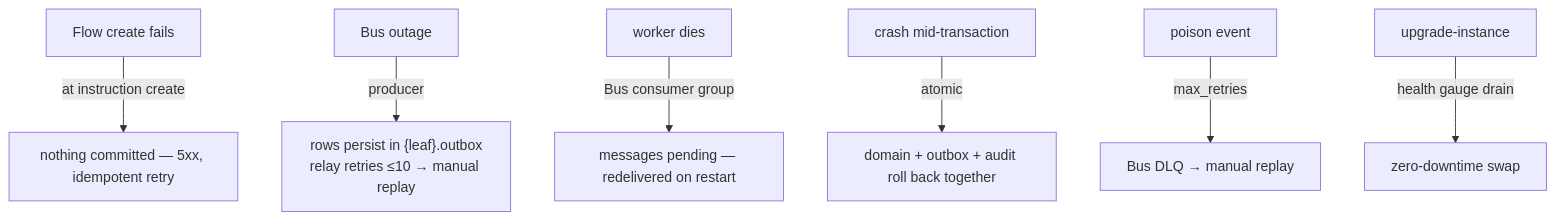
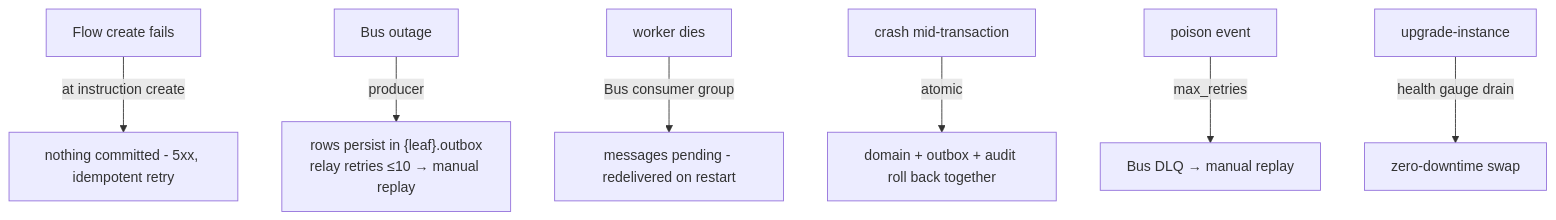
The seventh of 8 diagrams in DESIGN.md (Bank8-dev/bank8), drawn with Mermaid before and after one commit. The commit also changed other lines of this file and 6 other files, not shown here.

````diff
--- a/DESIGN.md
+++ b/DESIGN.md
@@ -224,9 +224,9 @@
 ```mermaid
 flowchart TD
-    FLOW_FAIL["Flow create fails"] -->|"at instruction create"| NB["nothing committed — 5xx, idempotent retry"]
+    FLOW_FAIL["Flow create fails"] -->|"at instruction create"| NB["nothing committed - 5xx, idempotent retry"]
     RELAY_FAIL["Bus outage"] -->|"producer"| OUTBOX["rows persist in {leaf}.outbox<br/>relay retries ≤10 → manual replay"]
-    WKR_FAIL["worker dies"] -->|"Bus consumer group"| RED["messages pending — redelivered on restart"]
+    WKR_FAIL["worker dies"] -->|"Bus consumer group"| RED["messages pending - redelivered on restart"]
     CRASH["crash mid-transaction"] -->|"atomic"| RB["domain + outbox + audit roll back together"]
     DLQ["poison event"] -->|"max_retries"| BUSDLQ["Bus DLQ → manual replay"]
     DRAIN["upgrade-instance"] -->|"health gauge drain"| ZERO["zero-downtime swap"]
 ```
````
